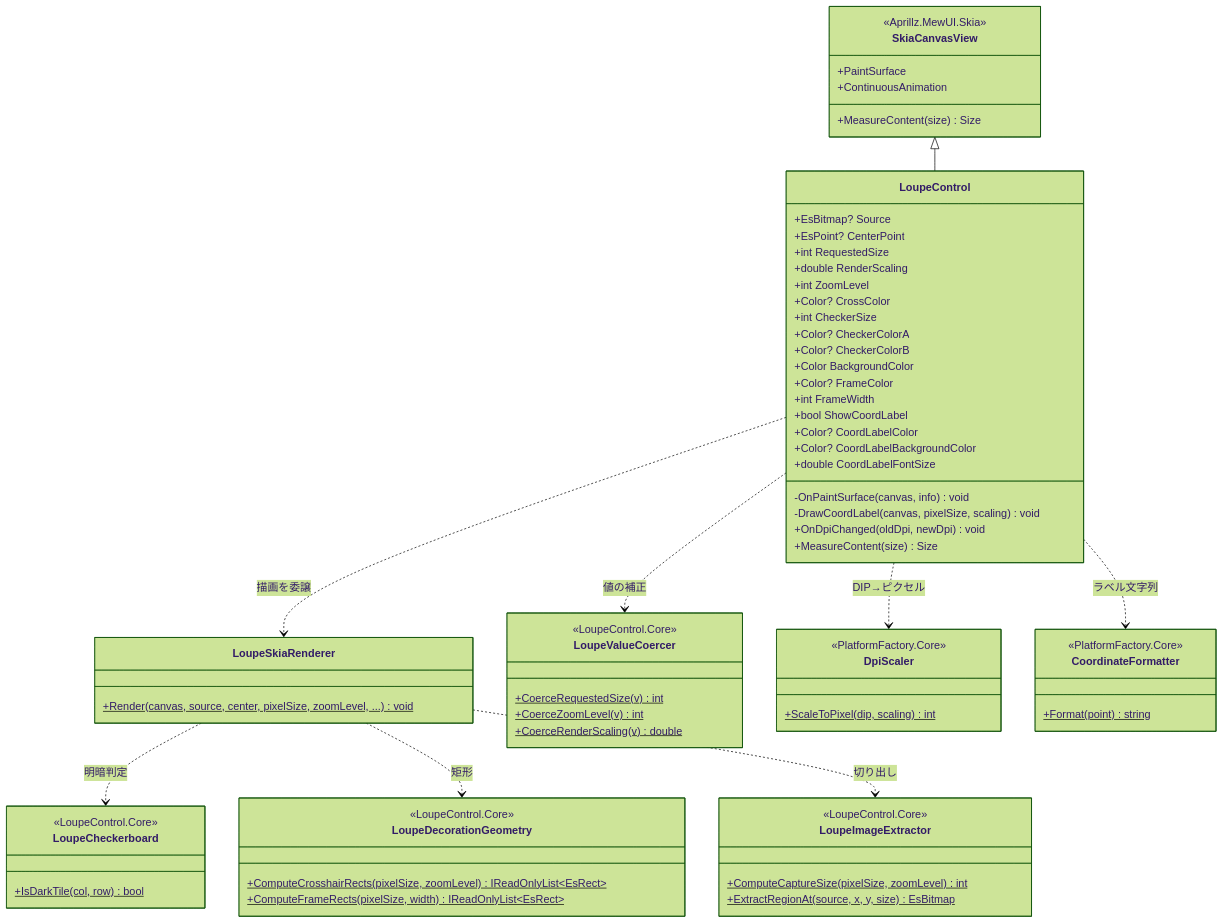
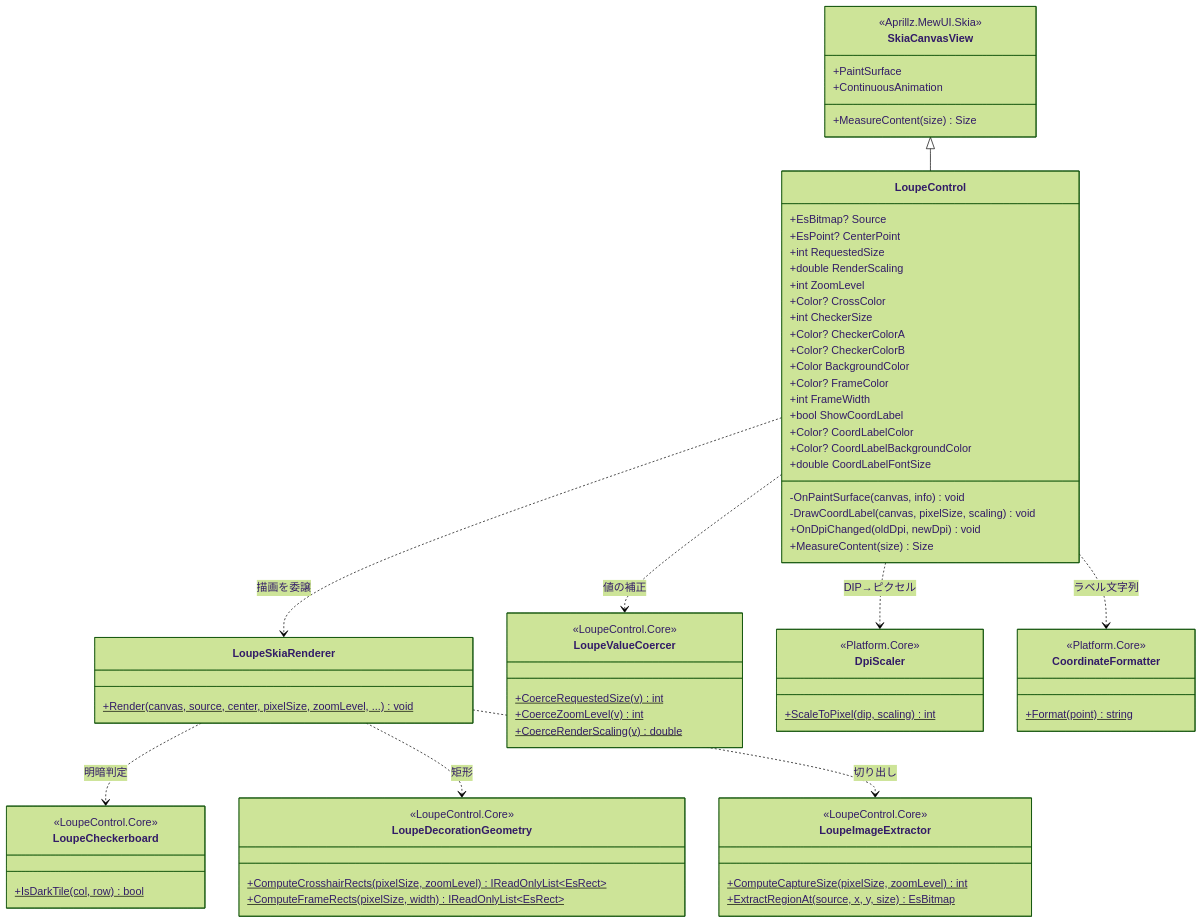
The first of 2 diagrams in src/LoupeControl.MewUI/SPEC_System.md (tomokuni/SaveEvidence), drawn with Mermaid (forest theme) before and after one commit. The commit also changed other lines of this file and 504 other files, not shown here.

````diff
--- a/src/LoupeControl.MewUI/SPEC_System.md
+++ b/src/LoupeControl.MewUI/SPEC_System.md
@@ -79,71 +78,71 @@
 ```mermaid
 classDiagram
     class SkiaCanvasView {
         <<Aprillz.MewUI.Skia>>
         +PaintSurface
         +ContinuousAnimation
         +MeasureContent(size) Size
     }
     class LoupeControl {
         +EsBitmap? Source
         +EsPoint? CenterPoint
         +int RequestedSize
         +double RenderScaling
         +int ZoomLevel
         +Color? CrossColor
         +int CheckerSize
         +Color? CheckerColorA
         +Color? CheckerColorB
         +Color BackgroundColor
         +Color? FrameColor
         +int FrameWidth
         +bool ShowCoordLabel
         +Color? CoordLabelColor
         +Color? CoordLabelBackgroundColor
         +double CoordLabelFontSize
         -OnPaintSurface(canvas, info) void
         -DrawCoordLabel(canvas, pixelSize, scaling) void
         +OnDpiChanged(oldDpi, newDpi) void
         +MeasureContent(size) Size
     }
     class LoupeSkiaRenderer {
         +Render(canvas, source, center, pixelSize, zoomLevel, ...)$ void
     }
     class LoupeValueCoercer {
         <<LoupeControl.Core>>
         +CoerceRequestedSize(v) int$
         +CoerceZoomLevel(v) int$
         +CoerceRenderScaling(v) double$
     }
     class LoupeDecorationGeometry {
         <<LoupeControl.Core>>
         +ComputeCrosshairRects(pixelSize, zoomLevel)$ IReadOnlyList~EsRect~
         +ComputeFrameRects(pixelSize, width)$ IReadOnlyList~EsRect~
     }
     class LoupeCheckerboard {
         <<LoupeControl.Core>>
         +IsDarkTile(col, row) bool$
     }
     class LoupeImageExtractor {
         <<LoupeControl.Core>>
         +ComputeCaptureSize(pixelSize, zoomLevel) int$
         +ExtractRegionAt(source, x, y, size)$ EsBitmap
     }
     class DpiScaler {
-        <<PlatformFactory.Core>>
+        <<Platform.Core>>
         +ScaleToPixel(dip, scaling) int$
     }
     class CoordinateFormatter {
-        <<PlatformFactory.Core>>
+        <<Platform.Core>>
         +Format(point) string$
     }
 
     SkiaCanvasView <|-- LoupeControl
     LoupeControl ..> LoupeSkiaRenderer : 描画を委譲
     LoupeSkiaRenderer ..> LoupeCheckerboard : 明暗判定
     LoupeSkiaRenderer ..> LoupeDecorationGeometry : 矩形
     LoupeSkiaRenderer ..> LoupeImageExtractor : 切り出し
     LoupeControl ..> LoupeValueCoercer : 値の補正
     LoupeControl ..> DpiScaler : DIP→ピクセル
     LoupeControl ..> CoordinateFormatter : ラベル文字列
 ```
````
